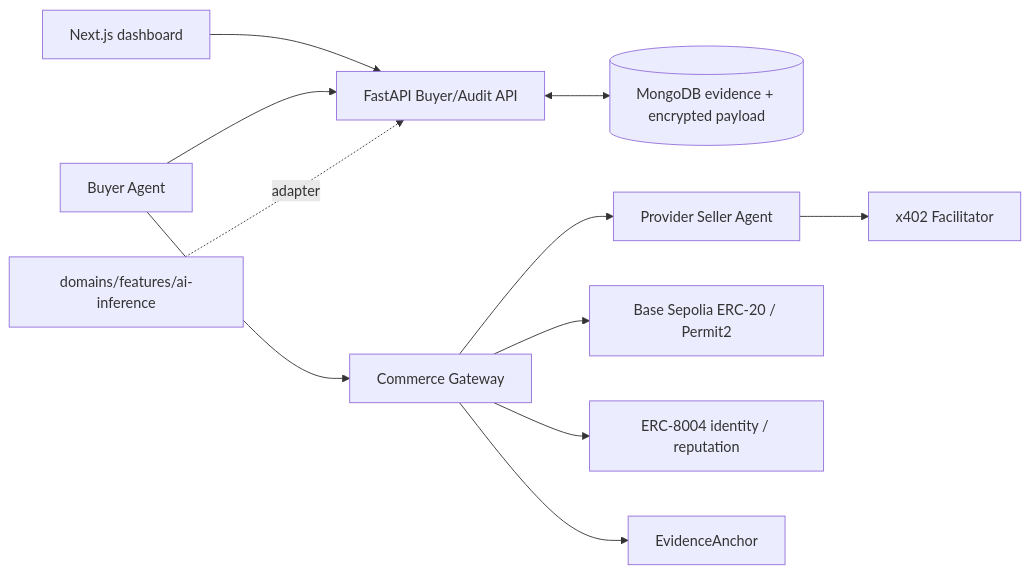
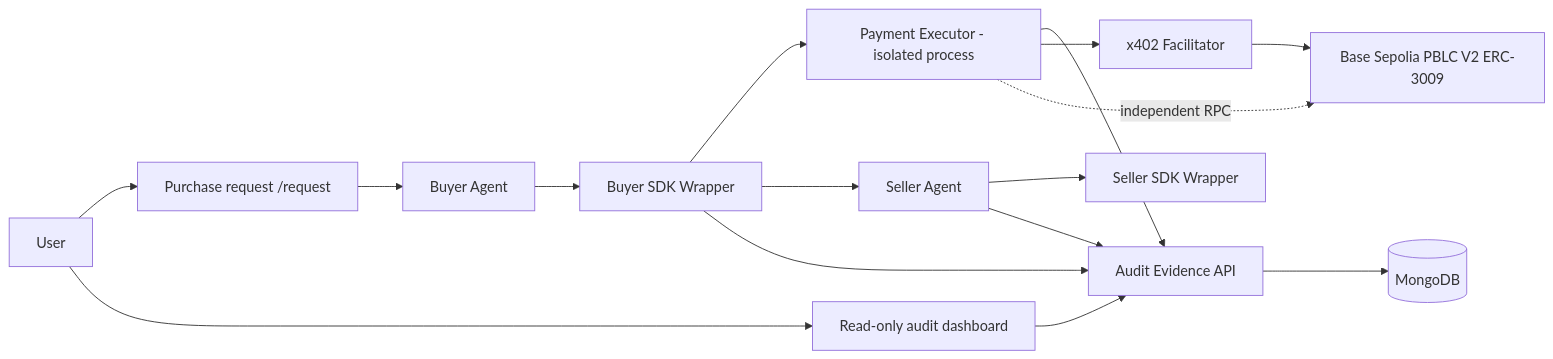
One commit to codenameVien/ai-agent-payment-audit changed the diagram in README.en.md. Above: the diagram before and after it, drawn with Mermaid. The commit also changed other lines of this file and 58 other files, not shown here.

````diff
--- a/README.en.md
+++ b/README.en.md
@@ -43,13 +43,18 @@
 ```mermaid
 flowchart LR
-  UI[Next.js dashboard] --> API[FastAPI Buyer/Audit API]
-  BUYER[Buyer Agent] --> API
-  API <--> MONGO[(MongoDB evidence + encrypted payload)]
-  BUYER --> GATEWAY[Commerce Gateway]
-  GATEWAY --> SELLER[Provider Seller Agent]
-  SELLER --> FACILITATOR[x402 Facilitator]
-  GATEWAY --> CHAIN[Base Sepolia ERC-20 / Permit2]
-  GATEWAY --> ERC8004[ERC-8004 identity / reputation]
-  GATEWAY --> ANCHOR[EvidenceAnchor]
-  DOMAIN[domains/features/ai-inference] -. adapter .-> API
+  U[User] --> R[Purchase request /request]
+  U --> D[Read-only audit dashboard]
+  R --> B[Buyer Agent]
+  B --> BW[Buyer SDK Wrapper]
+  BW --> P[Payment Executor - isolated process]
+  BW --> S[Seller Agent]
+  S --> SW[Seller SDK Wrapper]
+  BW --> E[Audit Evidence API]
+  P --> E
+  S --> E
+  E --> M[(MongoDB)]
+  P --> F[x402 Facilitator]
+  F --> C[Base Sepolia PBLC V2 ERC-3009]
+  P -. independent RPC .-> C
+  D --> E
 ```
````
